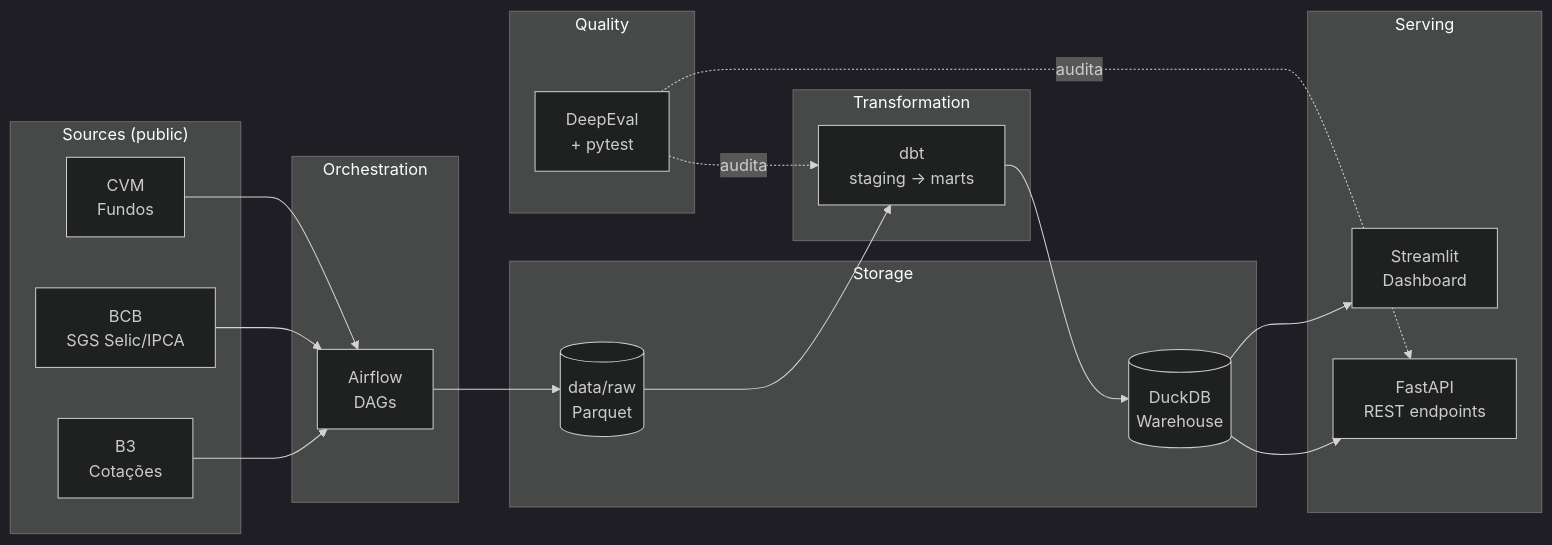
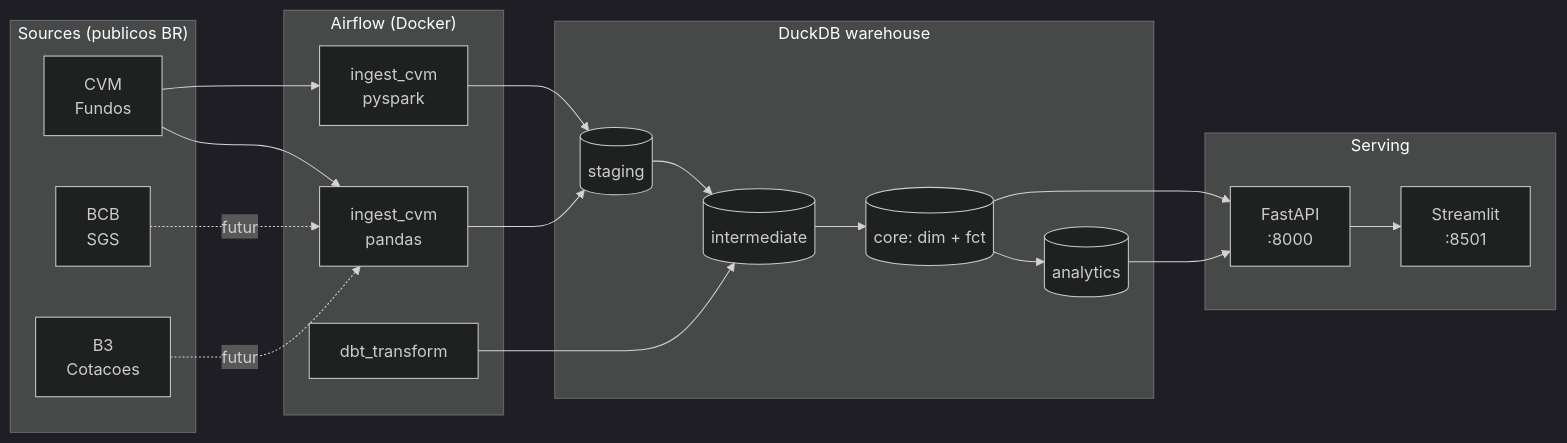
Before and after one commit to nicolaskra/finbr-data-platform: the diagram in README.md, drawn with Mermaid (dark theme). The commit also changed other lines of this file and 8 other files, not shown here.

First line of the commit message:
feat(quality+ci): data quality tests + GitHub Actions + pre-commit + README

````diff
--- a/README.md
+++ b/README.md
@@ -35,39 +41,32 @@
 ```mermaid
 flowchart LR
-    subgraph "Sources (public)"
+    subgraph "Sources (publicos BR)"
         CVM[CVM<br/>Fundos]
-        BCB[BCB<br/>SGS Selic/IPCA]
-        B3[B3<br/>Cotações]
+        BCB[BCB<br/>SGS]
+        B3[B3<br/>Cotacoes]
     end
 
-    subgraph "Orchestration"
-        AIRFLOW[Airflow<br/>DAGs]
+    subgraph "Airflow (Docker)"
+        D1[ingest_cvm<br/>pandas]
+        D2[ingest_cvm<br/>pyspark]
+        D3[dbt_transform]
     end
 
-    subgraph "Storage"
-        RAW[(data/raw<br/>Parquet)]
-        DUCKDB[(DuckDB<br/>Warehouse)]
-    end
-
-    subgraph "Transformation"
-        DBT[dbt<br/>staging → marts]
+    subgraph "DuckDB warehouse"
+        STG[(staging)]
+        INT[(intermediate)]
+        CORE[(core: dim + fct)]
+        ANA[(analytics)]
     end
 
     subgraph "Serving"
-        API[FastAPI<br/>REST endpoints]
-        UI[Streamlit<br/>Dashboard]
+        API[FastAPI<br/>:8000]
+        UI[Streamlit<br/>:8501]
     end
 
-    subgraph "Quality"
-        EVAL[DeepEval<br/>+ pytest]
-    end
-
-    CVM & BCB & B3 --> AIRFLOW
-    AIRFLOW --> RAW
-    RAW --> DBT
-    DBT --> DUCKDB
-    DUCKDB --> API
-    DUCKDB --> UI
-    EVAL -.audita.-> DBT
-    EVAL -.audita.-> API
+    CVM --> D1 & D2 --> STG
+    BCB & B3 -.futuro.-> D1
+    D3 --> INT --> CORE --> ANA
+    STG --> INT
+    CORE & ANA --> API --> UI
 ```
````
